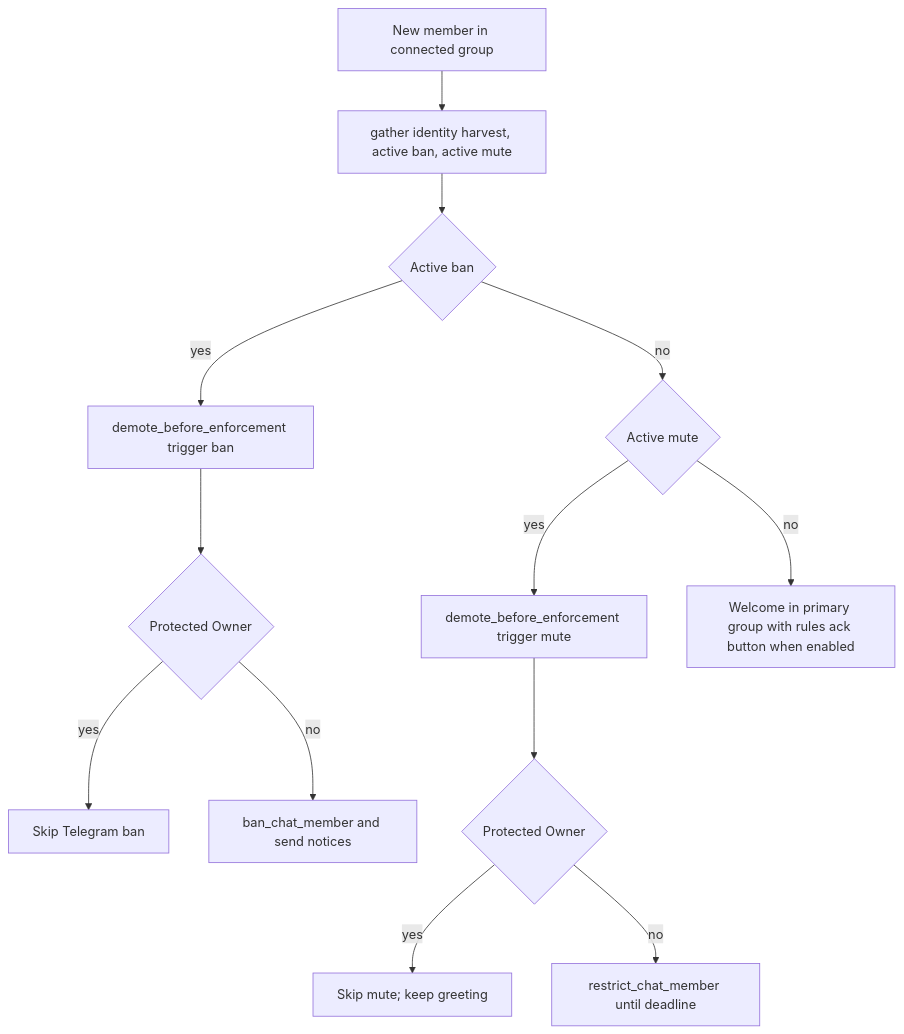
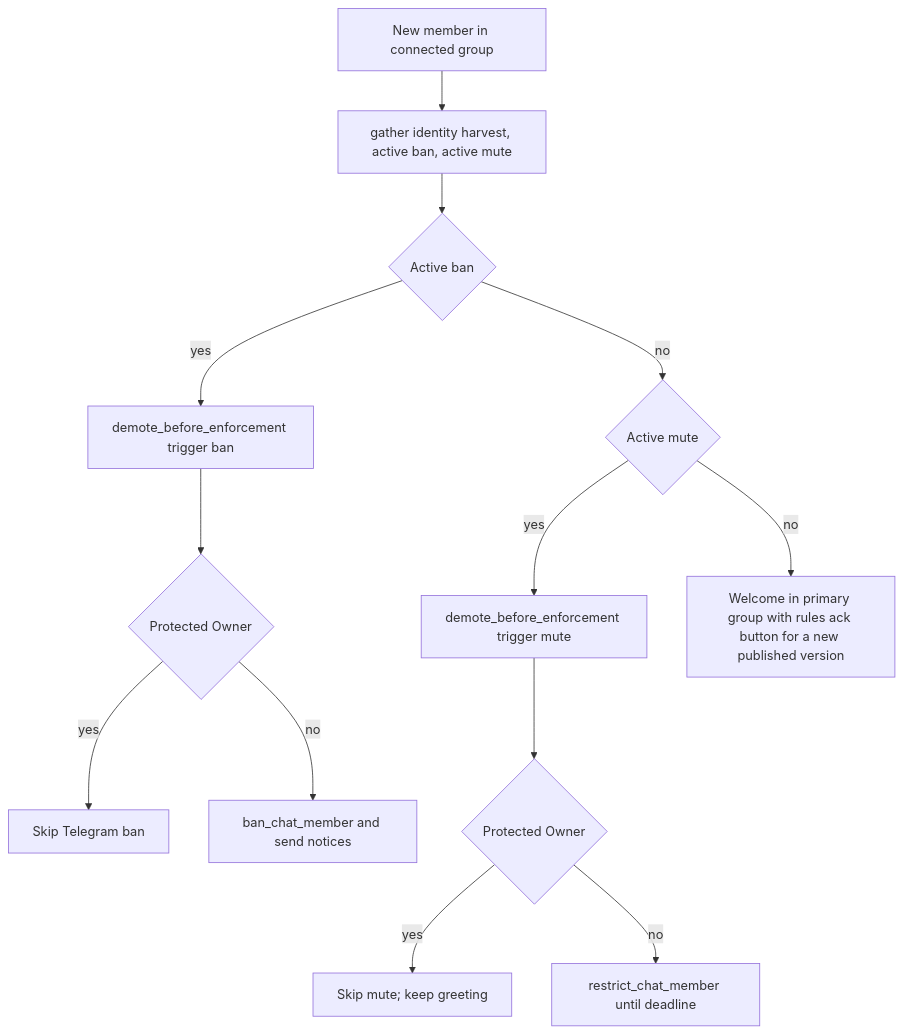
The fourth of 5 diagrams in docs/flows/connection.md (D1ZZY4/tcbot), drawn with Mermaid before and after one commit. The commit also changed other lines of this file and 14 other files, not shown here.

````diff
--- a/docs/flows/connection.md
+++ b/docs/flows/connection.md
@@ -169,15 +169,15 @@
 ```mermaid
 flowchart TD
     N[New member in connected group] --> I["gather identity harvest, active ban, active mute"]
     I --> B{Active ban}
     B -->|yes| D1[demote_before_enforcement trigger ban]
     D1 --> OWN1{Protected Owner}
     OWN1 -->|yes| SKIP1[Skip Telegram ban]
     OWN1 -->|no| BAN[ban_chat_member and send notices]
     B -->|no| M{Active mute}
     M -->|yes| D2[demote_before_enforcement trigger mute]
     D2 --> OWN2{Protected Owner}
     OWN2 -->|yes| SKIP2[Skip mute; keep greeting]
     OWN2 -->|no| REST[restrict_chat_member until deadline]
-    M -->|no| W[Welcome in primary group with rules ack button when enabled]
+    M -->|no| W[Welcome in primary group with rules ack button for a new published version]
 ```
````
